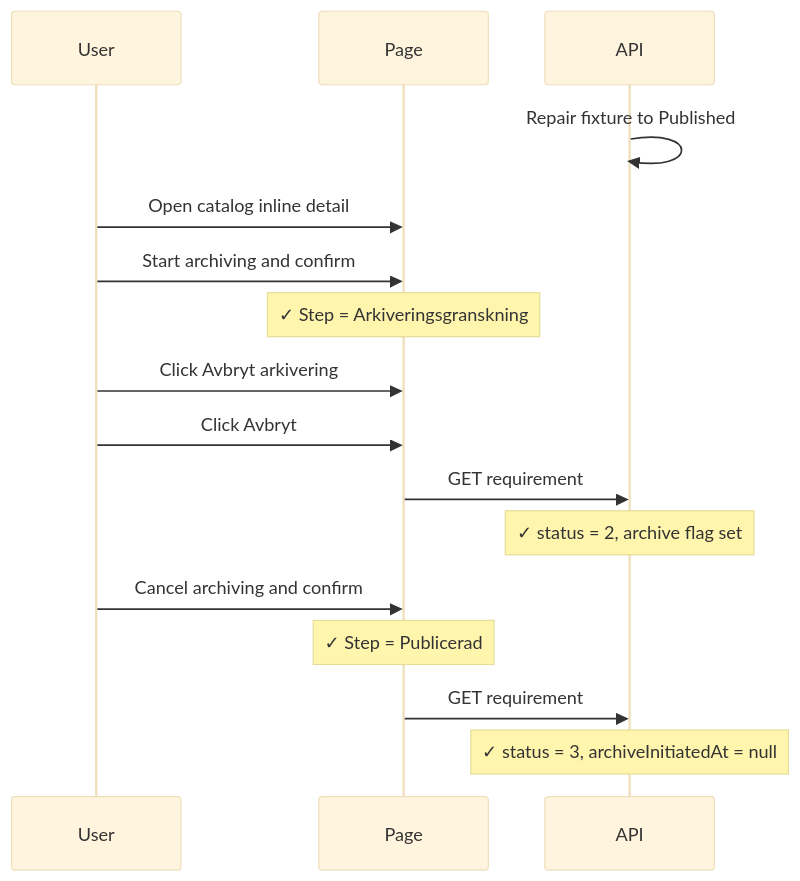
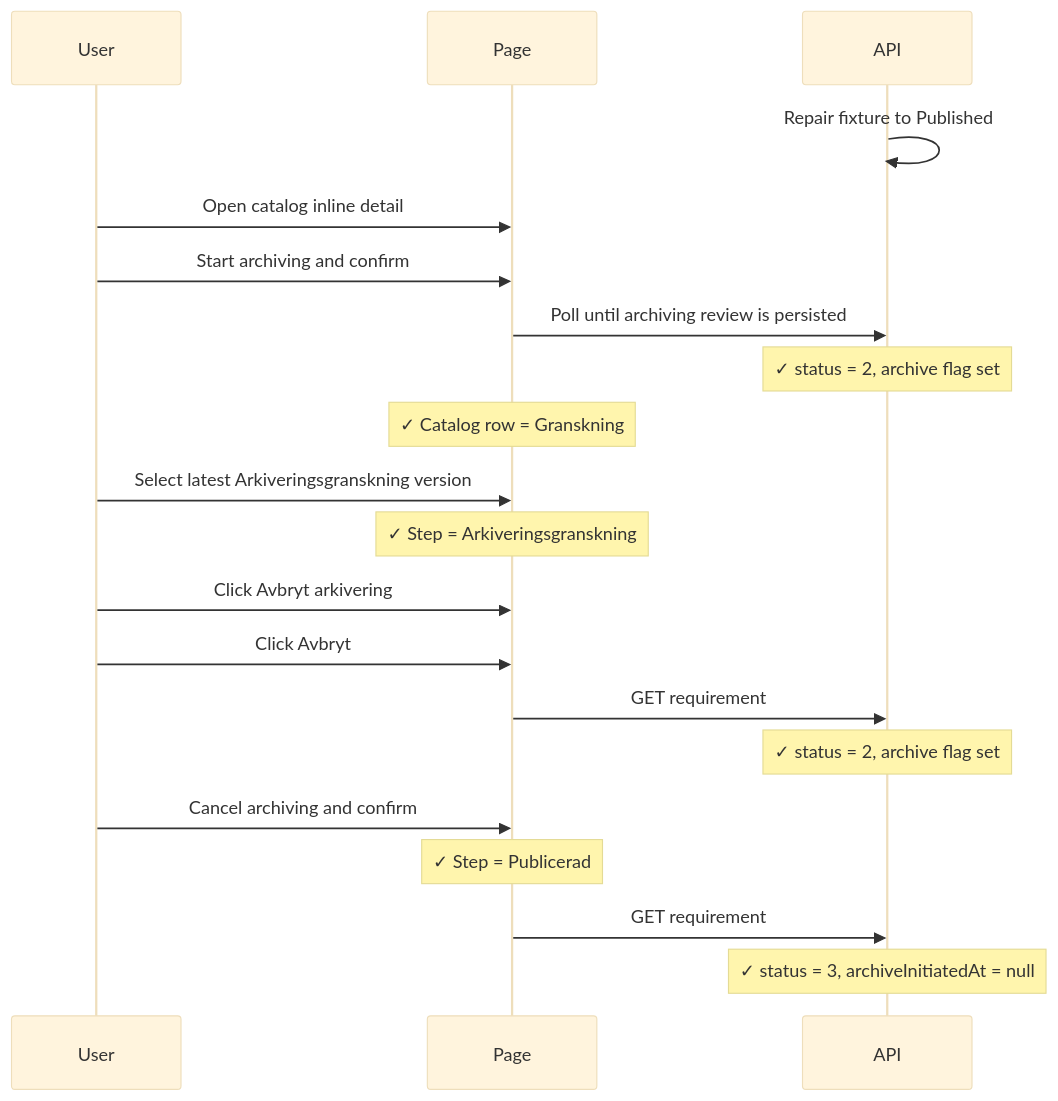
One commit to viscalyx/Kravhantering changed the fourth of 4 diagrams in tests/integration/archive-lifecycle.md. Above: the diagram before and after it, drawn with Mermaid (base theme). The commit also changed other lines of this file and 8 other files, not shown here.

````diff
--- a/tests/integration/archive-lifecycle.md
+++ b/tests/integration/archive-lifecycle.md
@@ -176,19 +186,23 @@
 ```mermaid
 sequenceDiagram
     participant U as User
     participant P as Page
     participant API as API
 
     API->>API: Repair fixture to Published
     U->>P: Open catalog inline detail
     U->>P: Start archiving and confirm
+    P->>API: Poll until archiving review is persisted
+    Note over API: ✓ status = 2, archive flag set
+    Note over P: ✓ Catalog row = Granskning
+    U->>P: Select latest Arkiveringsgranskning version
     Note over P: ✓ Step = Arkiveringsgranskning
     U->>P: Click Avbryt arkivering
     U->>P: Click Avbryt
     P->>API: GET requirement
     Note over API: ✓ status = 2, archive flag set
     U->>P: Cancel archiving and confirm
     Note over P: ✓ Step = Publicerad
     P->>API: GET requirement
     Note over API: ✓ status = 3, archiveInitiatedAt = null
 ```
````
